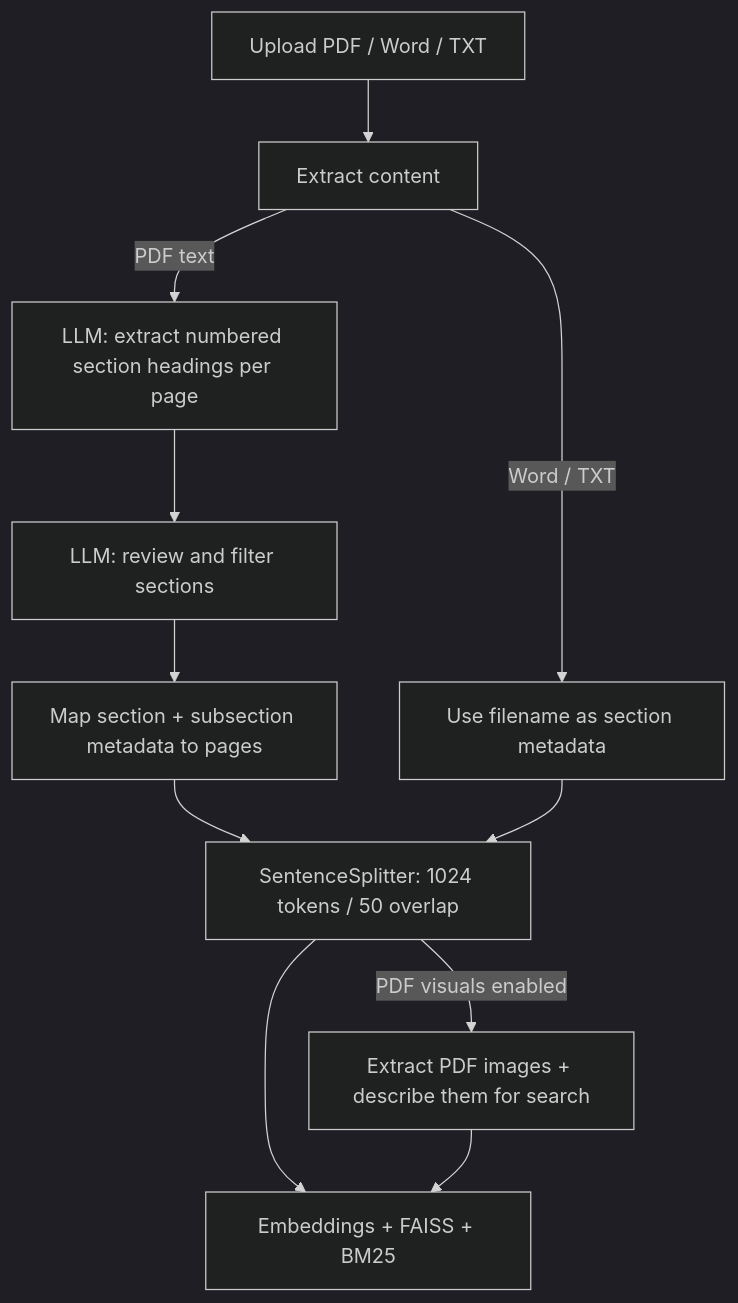
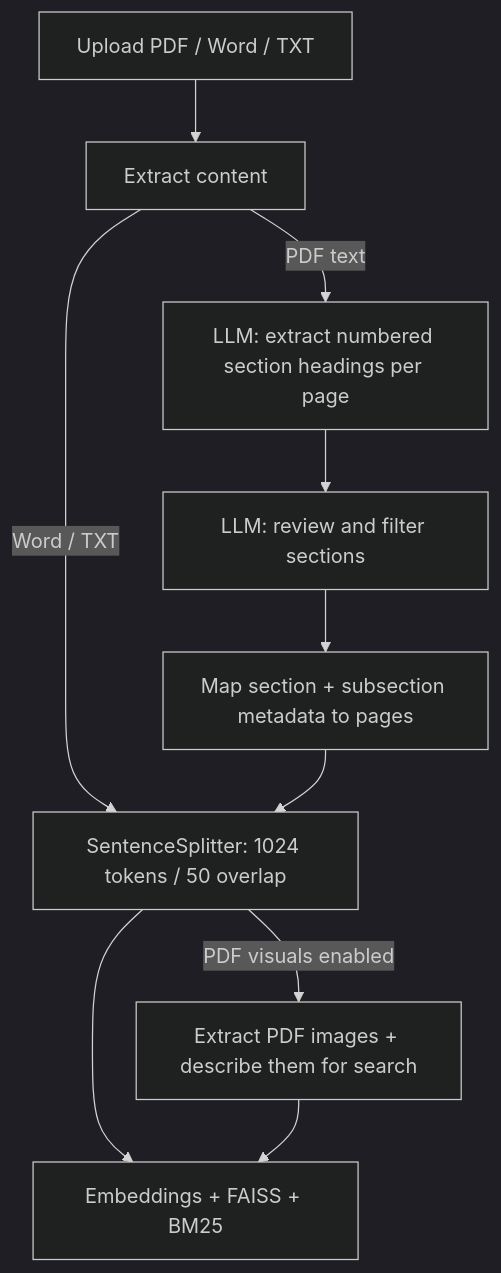
Before and after one commit to HUSSAMX7/Advanced_RAG: the first of 2 diagrams in README.md, drawn with Mermaid (dark theme). The commit also changed other lines of this file, not shown here.

Commit message:
docs: simplify chunking diagram and clarify retrieval stages

````diff
--- a/README.md
+++ b/README.md
@@ -19,13 +19,12 @@
 ```mermaid
 flowchart TD
     A["Upload PDF / Word / TXT"] --> B["Extract content"]
     B -- PDF text --> C["LLM: extract numbered section headings per page"]
     C --> R["LLM: review and filter sections"]
     R --> M["Map section + subsection metadata to pages"]
-    B -- Word / TXT --> W["Use filename as section metadata"]
+    B -- Word / TXT --> S
     M --> S["SentenceSplitter: 1024 tokens / 50 overlap"]
-    W --> S
     S --> D["Embeddings + FAISS + BM25"]
     S -- PDF visuals enabled --> V["Extract PDF images + describe them for search"]
     V --> D
 ```
````
